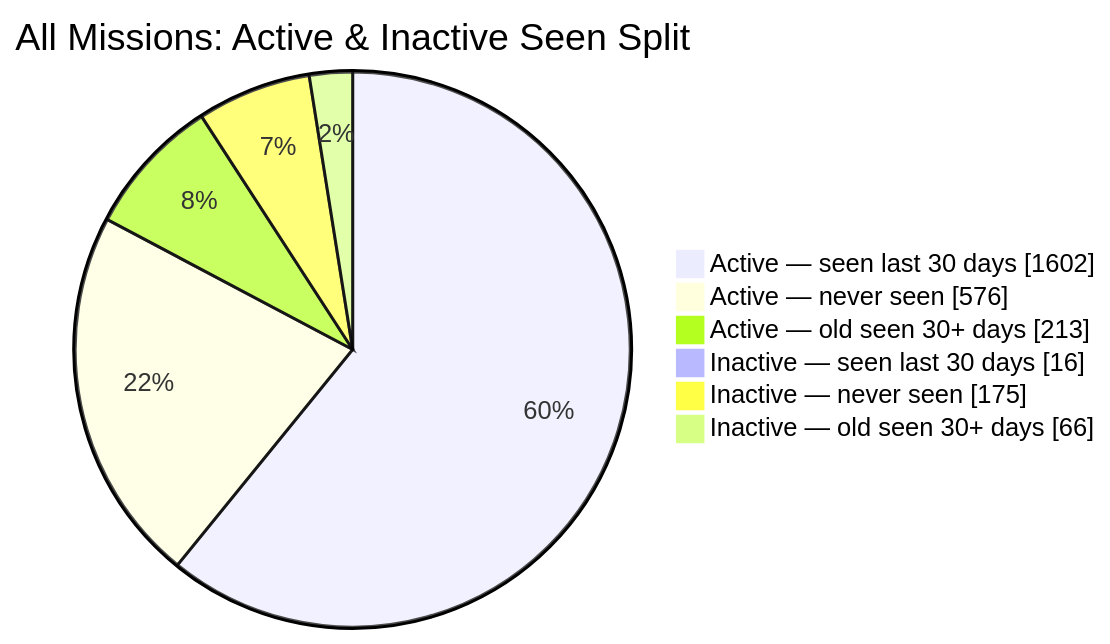
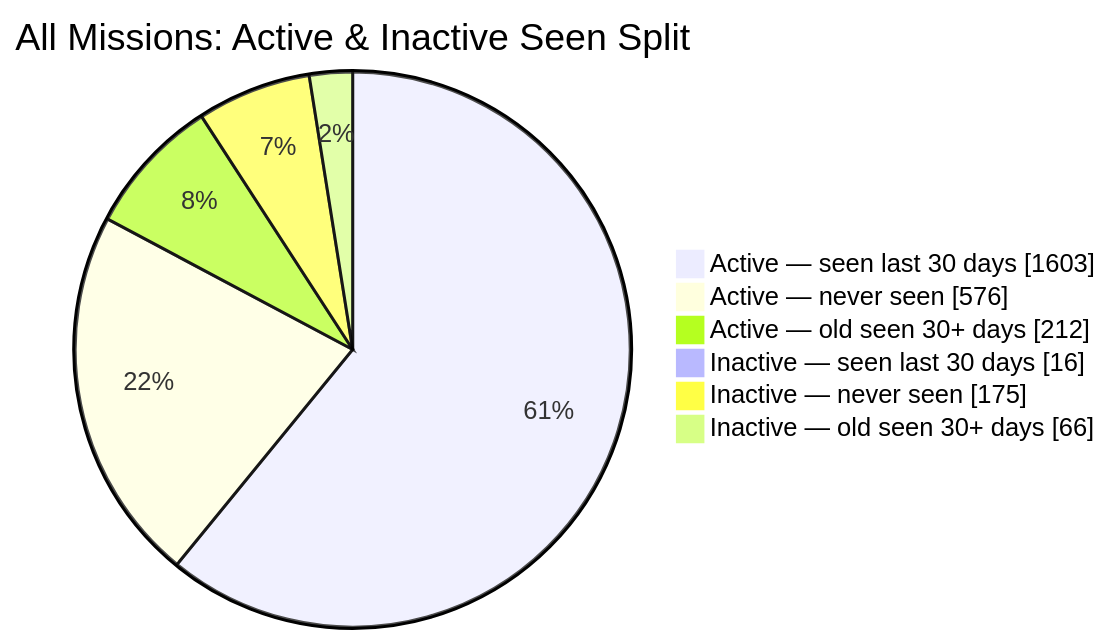
Before and after one commit to MeldkamerspelGameTeam/active-missions: the second of 2 diagrams in README.md, drawn with Mermaid. The commit also changed other lines of this file and 3 other files, not shown here.

````diff
--- a/README.md
+++ b/README.md
@@ -44,10 +44,10 @@
 ```mermaid
 pie showData
     title All Missions: Active & Inactive Seen Split
-    "Active — seen last 30 days" : 1602
+    "Active — seen last 30 days" : 1603
     "Active — never seen" : 576
-    "Active — old seen 30+ days" : 213
+    "Active — old seen 30+ days" : 212
     "Inactive — seen last 30 days" : 16
     "Inactive — never seen" : 175
     "Inactive — old seen 30+ days" : 66
 ```
````
